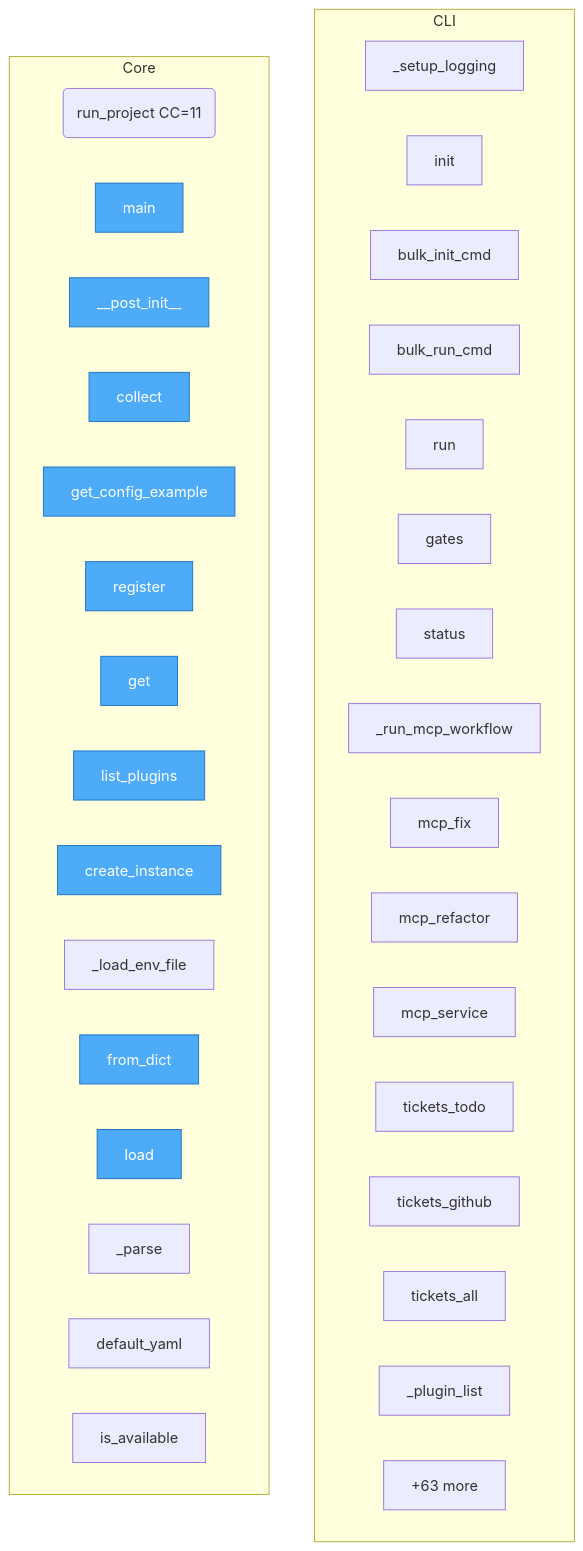
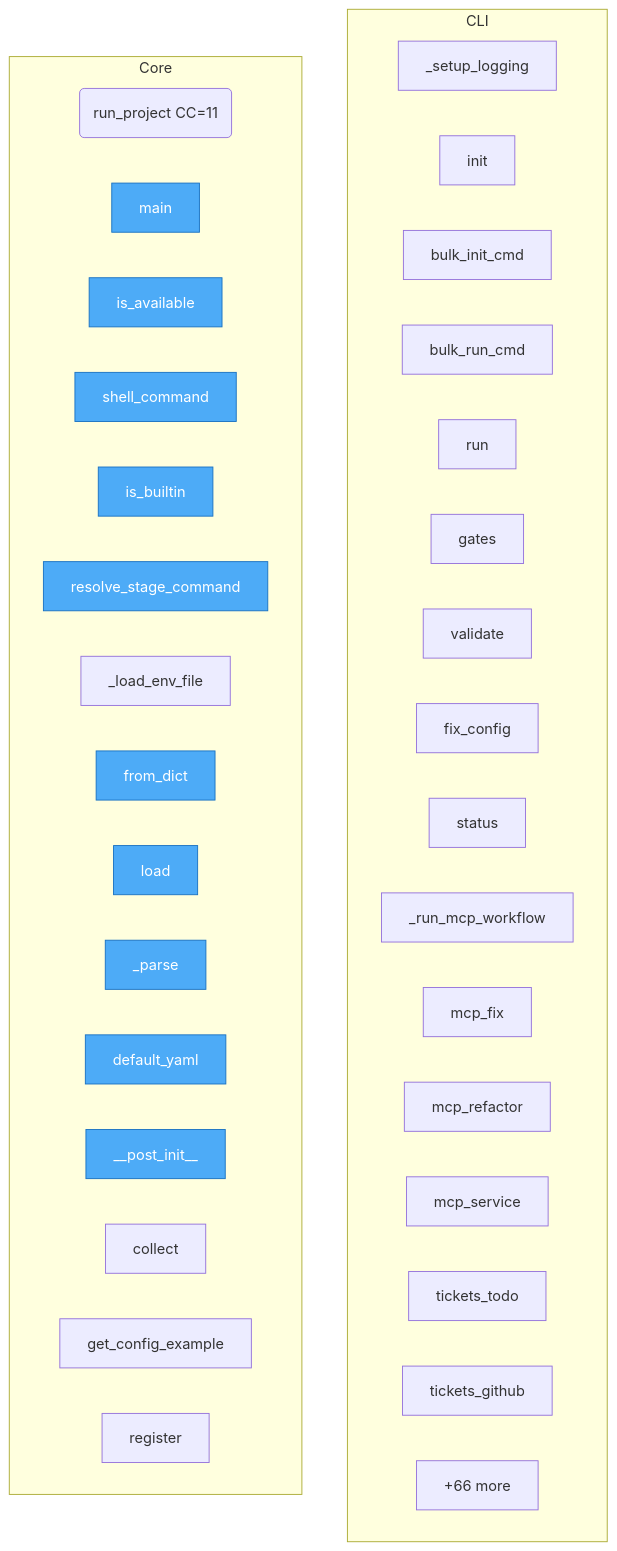
One commit to semcod/pyqual changed the diagram in project/flow.mmd. Above: the diagram before and after it, drawn with Mermaid. The commit also changed 28 other files, not shown here.

```diff
--- a/project/flow.mmd
+++ b/project/flow.mmd
@@ -1,44 +1,44 @@
 flowchart TD
 
     %% Entry points (blue)
     classDef entry fill:#4dabf7,stroke:#1971c2,color:#fff
 
     subgraph CLI
         pyqual__cli___setup_logging["_setup_logging"]
         pyqual__cli__init["init"]
         pyqual__cli__bulk_init_cmd["bulk_init_cmd"]
         pyqual__cli__bulk_run_cmd["bulk_run_cmd"]
         pyqual__cli__run["run"]
         pyqual__cli__gates["gates"]
+        pyqual__cli__validate["validate"]
+        pyqual__cli__fix_config["fix_config"]
         pyqual__cli__status["status"]
         pyqual__cli___run_mcp_workflow["_run_mcp_workflow"]
         pyqual__cli__mcp_fix["mcp_fix"]
         pyqual__cli__mcp_refactor["mcp_refactor"]
         pyqual__cli__mcp_service["mcp_service"]
         pyqual__cli__tickets_todo["tickets_todo"]
         pyqual__cli__tickets_github["tickets_github"]
-        pyqual__cli__tickets_all["tickets_all"]
-        pyqual__cli___plugin_list["_plugin_list"]
-        ...["+13 more"]
+        ...["+15 more"]
     end
 
     subgraph Core
         run_analysis__run_project("run_project CC=11")
         run_analysis__main["main"]
-        pyqual__plugins__PluginMetadata____post_init__["__post_init__"]
-        pyqual__plugins__MetricCollector__collect["collect"]
-        pyqual__plugins__MetricCollector__get_config_example["get_config_example"]
-        pyqual__plugins__PluginRegistry__register["register"]
-        pyqual__plugins__PluginRegistry__get["get"]
-        pyqual__plugins__PluginRegistry__list_plugins["list_plugins"]
-        pyqual__plugins__PluginRegistry__create_instance["create_instance"]
+        pyqual__tools__ToolPreset__is_available["is_available"]
+        pyqual__tools__ToolPreset__shell_command["shell_command"]
+        pyqual__tools__is_builtin["is_builtin"]
+        pyqual__tools__resolve_stage_command["resolve_stage_command"]
         pyqual__config___load_env_file["_load_env_file"]
         pyqual__config__GateConfig__from_dict["from_dict"]
         pyqual__config__PyqualConfig__load["load"]
         pyqual__config__PyqualConfig___parse["_parse"]
         pyqual__config__PyqualConfig__default_yaml["default_yaml"]
-        pyqual__tools__ToolPreset__is_available["is_available"]
-        ...["+63 more"]
+        pyqual__plugins__PluginMetadata____post_init__["__post_init__"]
+        pyqual__plugins__MetricCollector__collect["collect"]
+        pyqual__plugins__MetricCollector__get_config_example["get_config_example"]
+        pyqual__plugins__PluginRegistry__register["register"]
+        ...["+66 more"]
     end
 
-    class run_analysis__main,pyqual__plugins__PluginMetadata____post_init__,pyqual__plugins__MetricCollector__collect,pyqual__plugins__MetricCollector__get_config_example,pyqual__plugins__PluginRegistry__register,pyqual__plugins__PluginRegistry__get,pyqual__plugins__PluginRegistry__list_plugins,pyqual__plugins__PluginRegistry__create_instance,pyqual__config__GateConfig__from_dict,pyqual__config__PyqualConfig__load entry
+    class run_analysis__main,pyqual__tools__ToolPreset__is_available,pyqual__tools__ToolPreset__shell_command,pyqual__tools__is_builtin,pyqual__tools__resolve_stage_command,pyqual__config__GateConfig__from_dict,pyqual__config__PyqualConfig__load,pyqual__config__PyqualConfig___parse,pyqual__config__PyqualConfig__default_yaml,pyqual__plugins__PluginMetadata____post_init__ entry
```
